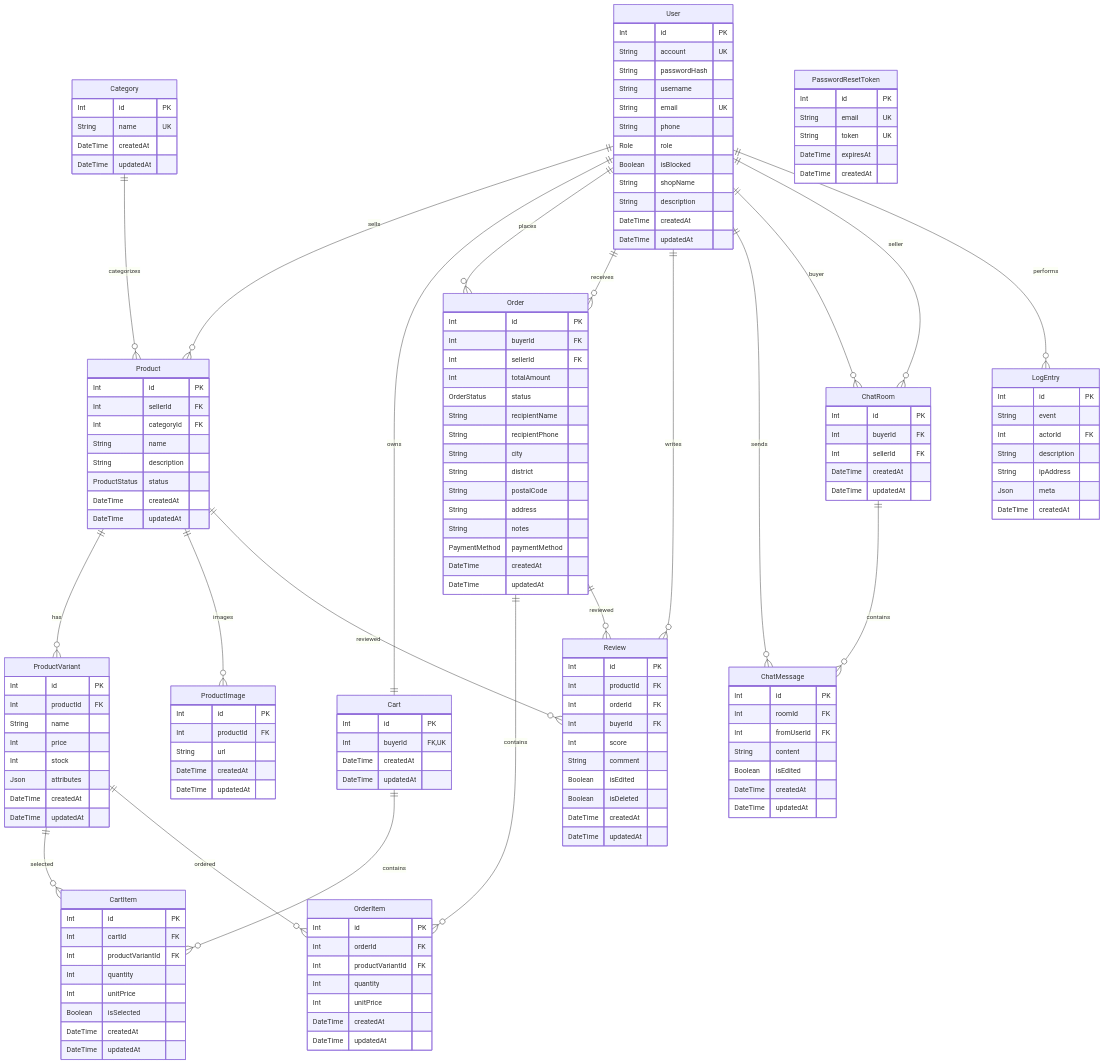
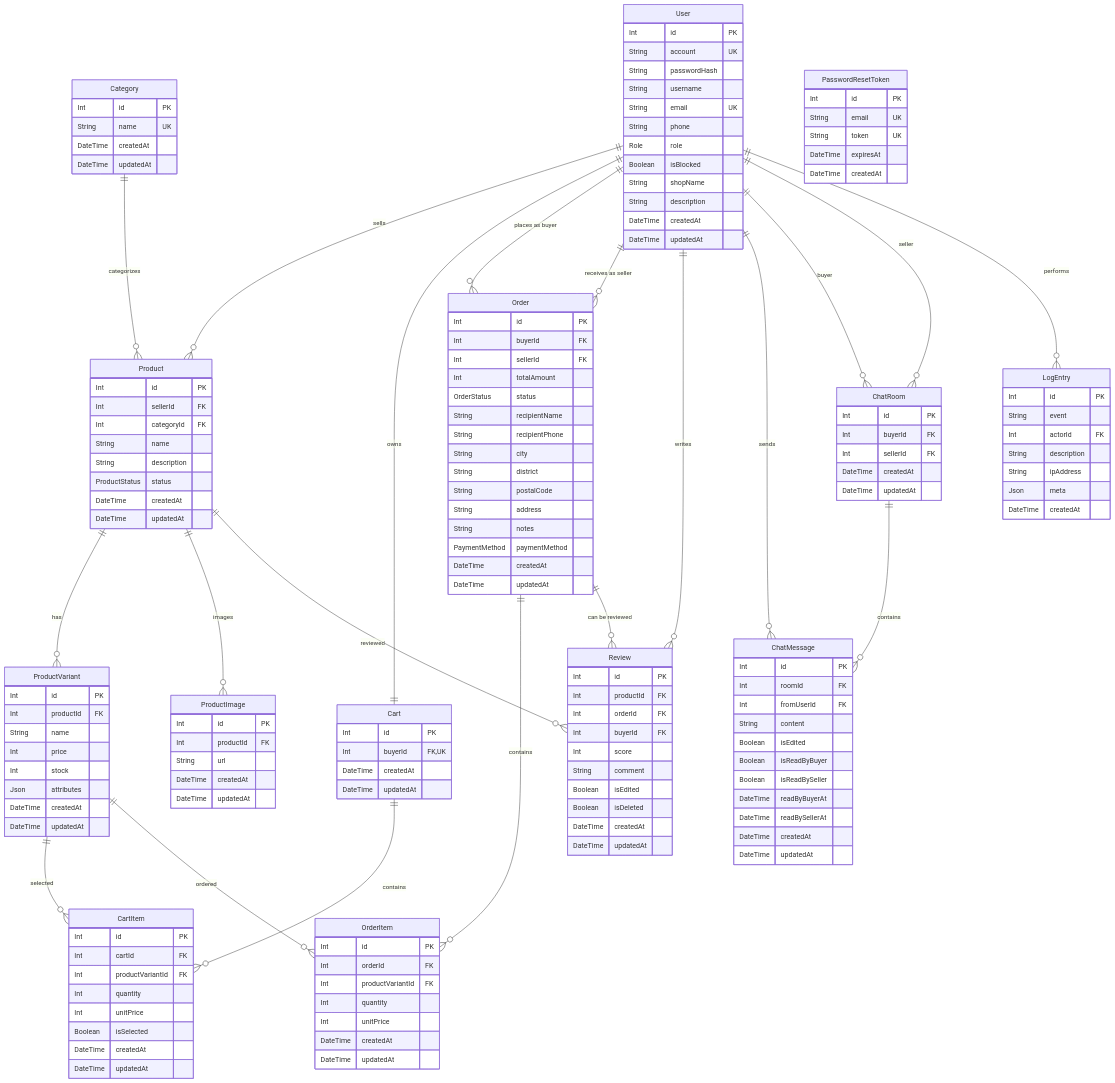
One commit to Damian-Hsu/Mobile_Commerce_Final_Projec_Zipperoo changed the fifth of 5 diagrams in README.md. Above: the diagram before and after it, drawn with Mermaid. The commit also changed other lines of this file and 6 other files, not shown here.

```diff
--- a/README.md
+++ b/README.md
@@ -516,6 +849,10 @@
         Int fromUserId FK
         String content
         Boolean isEdited
+        Boolean isReadByBuyer
+        Boolean isReadBySeller
+        DateTime readByBuyerAt
+        DateTime readBySellerAt
         DateTime createdAt
         DateTime updatedAt
     }
@@ -541,8 +878,8 @@
     %% 用戶關聯
     User ||--o{ Product : "sells"
     User ||--|| Cart : "owns"
-    User ||--o{ Order : "places"
-    User ||--o{ Order : "receives"
+    User ||--o{ Order : "places as buyer"
+    User ||--o{ Order : "receives as seller"
     User ||--o{ Review : "writes"
     User ||--o{ ChatMessage : "sends"
     User ||--o{ ChatRoom : "buyer"
@@ -562,7 +899,7 @@
     %% 訂單關聯
     Order ||--o{ OrderItem : "contains"
     ProductVariant ||--o{ OrderItem : "ordered"
-    Order ||--o{ Review : "reviewed"
+    Order ||--o{ Review : "can be reviewed"
     
     %% 聊天關聯
     ChatRoom ||--o{ ChatMessage : "contains"
```
